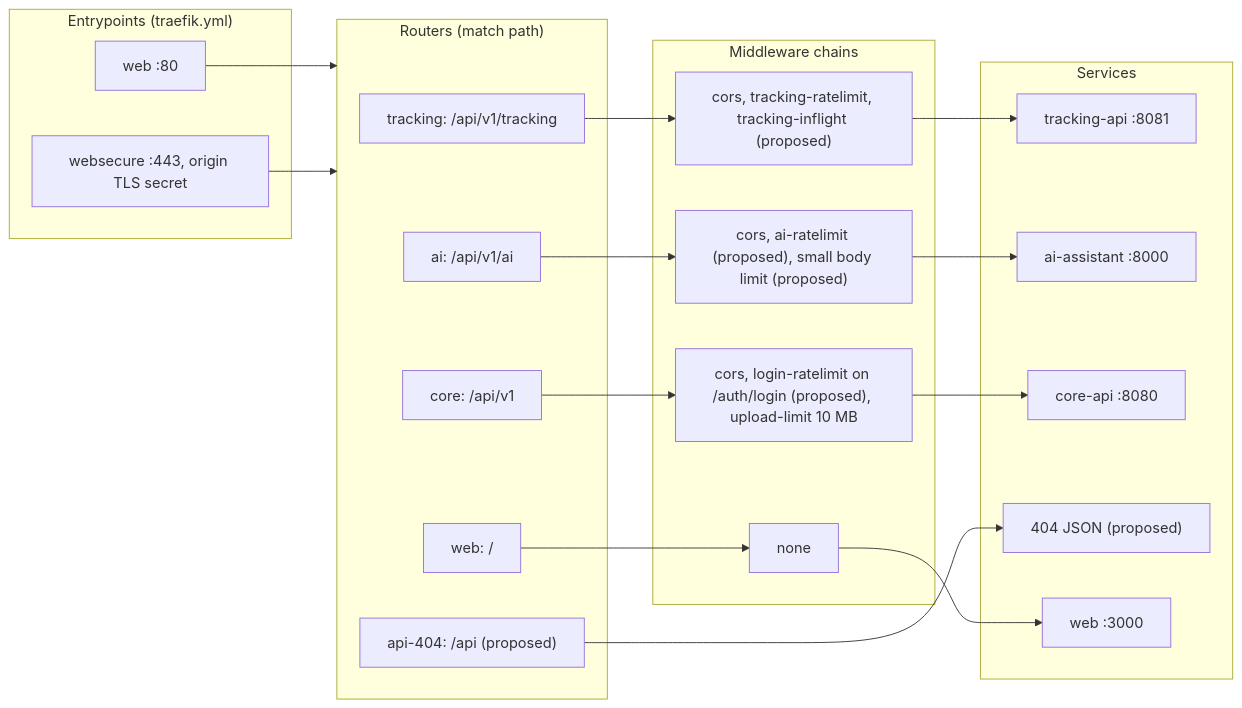
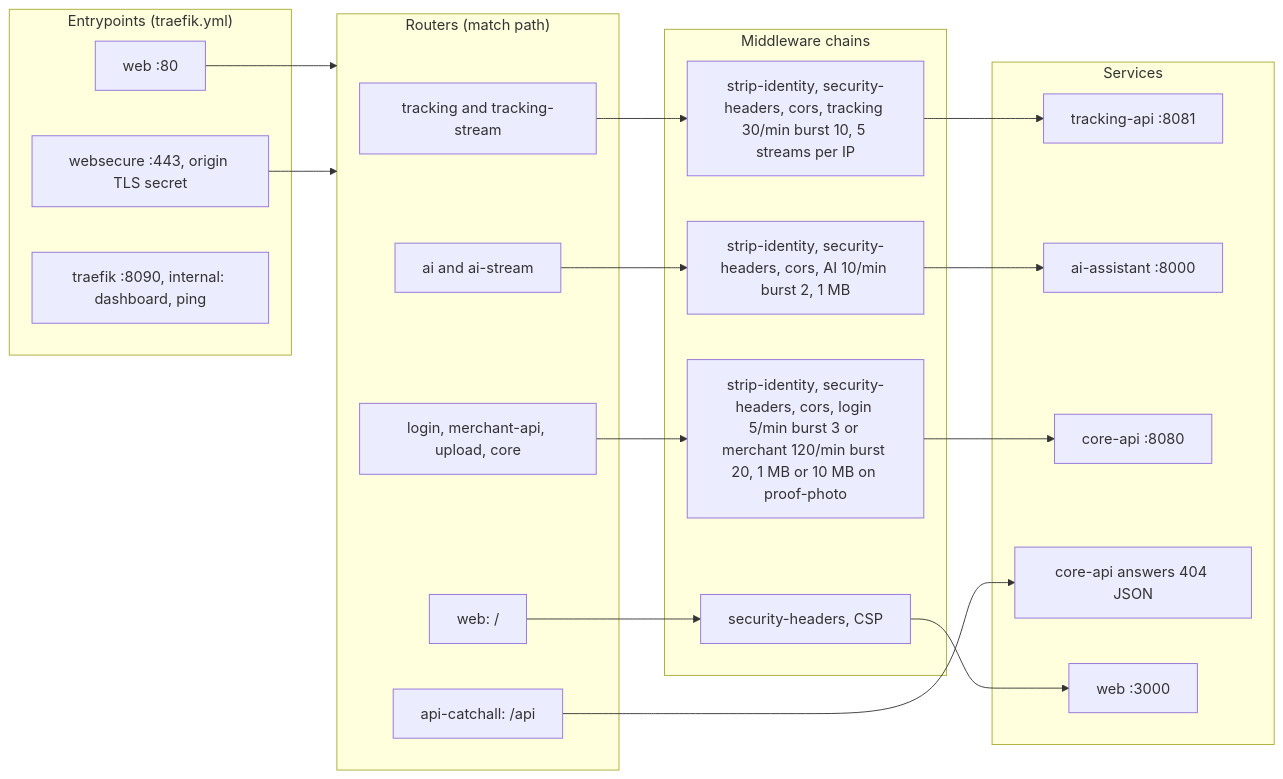
Diagram 11 of 12 in docs/drafts/member-07-dispatcher-admin-web-gateway/doc-03-internal-architecture-and-design.md (phantomTroupeEAD/SwiftDrop), drawn with Mermaid before and after one commit. The commit also changed other lines of this file and 125 other files, not shown here.

````diff
--- a/docs/drafts/member-07-dispatcher-admin-web-gateway/doc-03-internal-architecture-and-design.md
+++ b/docs/drafts/member-07-dispatcher-admin-web-gateway/doc-03-internal-architecture-and-design.md
@@ -826,34 +852,35 @@
 ```mermaid
 flowchart LR
     subgraph EP["Entrypoints (traefik.yml)"]
         E1["web :80"]
         E2["websecure :443, origin TLS secret"]
+        E3["traefik :8090, internal: dashboard, ping"]
     end
     subgraph RT["Routers (match path)"]
-        R1["tracking: /api/v1/tracking"]
-        R2["ai: /api/v1/ai"]
-        R3["core: /api/v1"]
-        R4["api-404: /api (proposed)"]
+        R1["tracking and tracking-stream"]
+        R2["ai and ai-stream"]
+        R3["login, merchant-api, upload, core"]
+        R4["api-catchall: /api"]
         R5["web: /"]
     end
     subgraph MW["Middleware chains"]
-        M1["cors, tracking-ratelimit, tracking-inflight (proposed)"]
-        M2["cors, ai-ratelimit (proposed), small body limit (proposed)"]
-        M3["cors, login-ratelimit on /auth/login (proposed), upload-limit 10 MB"]
-        M4["none"]
+        M1["strip-identity, security-headers, cors, tracking 30/min burst 10, 5 streams per IP"]
+        M2["strip-identity, security-headers, cors, AI 10/min burst 2, 1 MB"]
+        M3["strip-identity, security-headers, cors, login 5/min burst 3 or merchant 120/min burst 20, 1 MB or 10 MB on proof-photo"]
+        M4["security-headers, CSP"]
     end
     subgraph SV["Services"]
         S1["tracking-api :8081"]
         S2["ai-assistant :8000"]
         S3["core-api :8080"]
-        S4["404 JSON (proposed)"]
+        S4["core-api answers 404 JSON"]
         S5["web :3000"]
     end
     E1 --> RT
     E2 --> RT
     R1 --> M1 --> S1
     R2 --> M2 --> S2
     R3 --> M3 --> S3
     R4 --> S4
     R5 --> M4 --> S5
 ```
````
